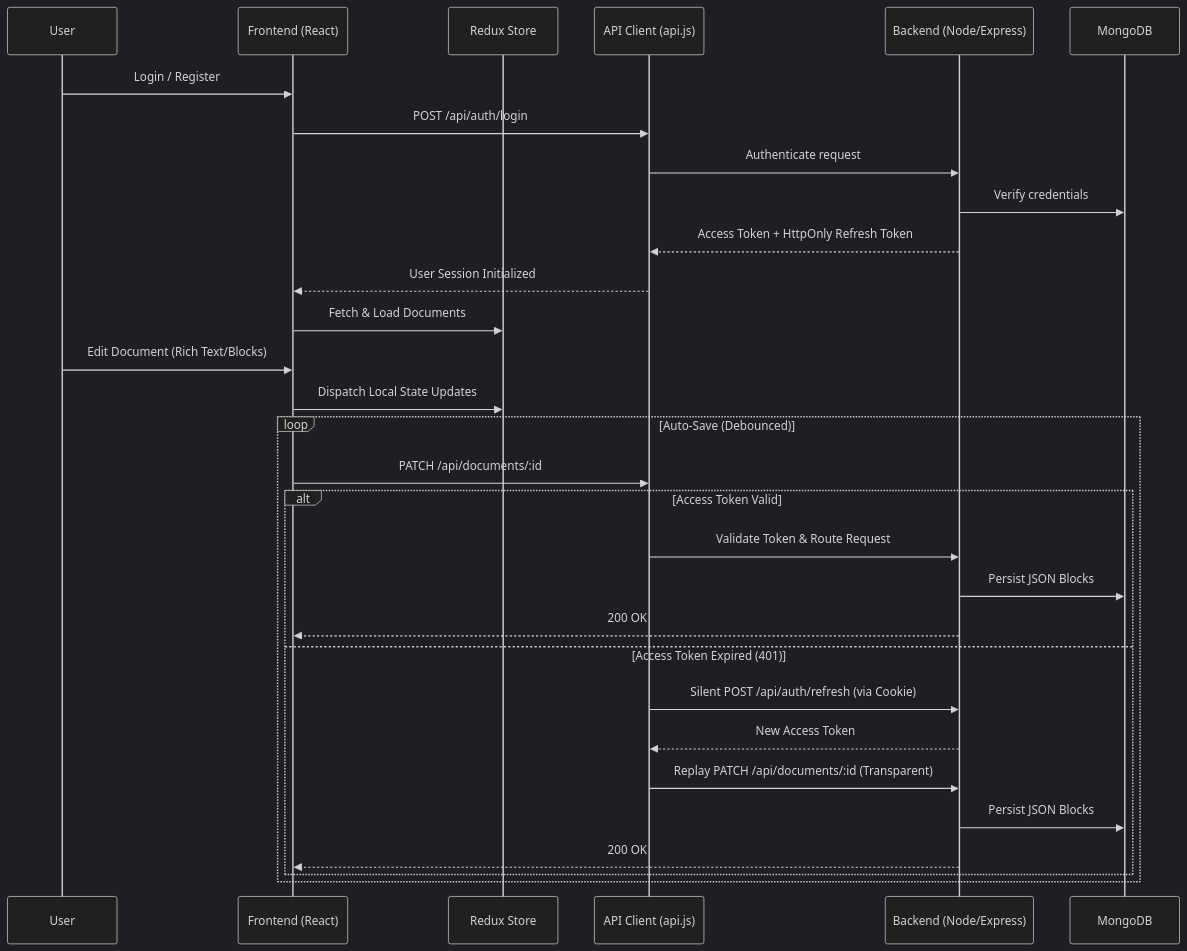
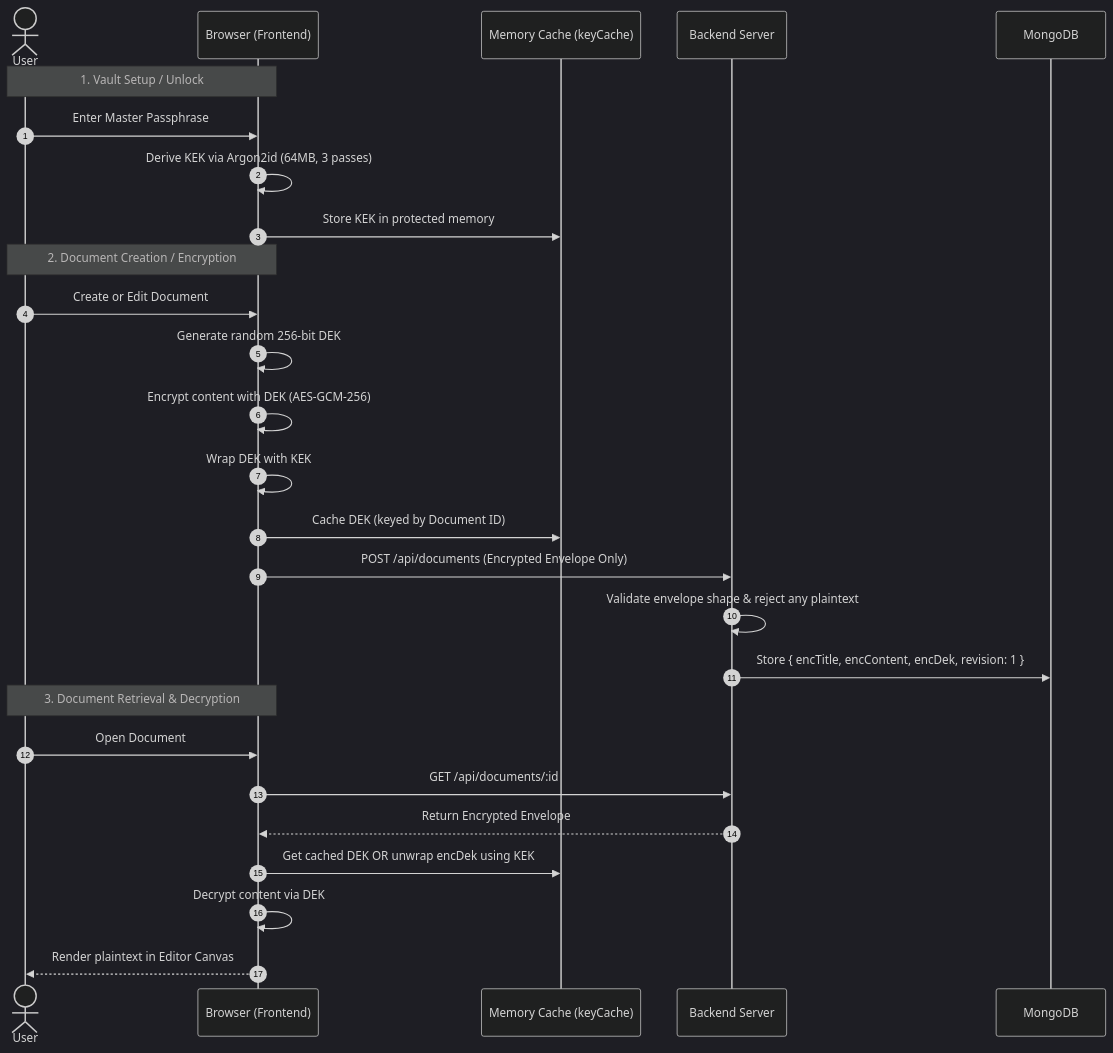
One commit to AdityaUpadhyay2610/docum changed the diagram in README.md. Above: the diagram before and after it, drawn with Mermaid (dark theme). The commit also changed other lines of this file and 7 other files, not shown here.

Commit message:
Step 4-6: Complete vault UX, clipboard auto-clear, CSP hardening, SECURITY.md, README, filestructure, and final security report

````diff
--- a/README.md
+++ b/README.md
@@ -43,36 +75,32 @@
 ```mermaid
 sequenceDiagram
-    participant User
-    participant UI as Frontend (React)
-    participant Store as Redux Store
-    participant API as API Client (api.js)
-    participant Server as Backend (Node/Express)
+    autonumber
+    actor User
+    participant Browser as Browser (Frontend)
+    participant Memory as Memory Cache (keyCache)
+    participant Server as Backend Server
     participant DB as MongoDB
 
-    User->>UI: Login / Register
-    UI->>API: POST /api/auth/login
-    API->>Server: Authenticate request
-    Server->>DB: Verify credentials
-    Server-->>API: Access Token + HttpOnly Refresh Token
-    API-->>UI: User Session Initialized
-    
-    UI->>Store: Fetch & Load Documents
-    User->>UI: Edit Document (Rich Text/Blocks)
-    UI->>Store: Dispatch Local State Updates
-    
-    loop Auto-Save (Debounced)
-        UI->>API: PATCH /api/documents/:id
-        
-        alt Access Token Valid
-            API->>Server: Validate Token & Route Request
-            Server->>DB: Persist JSON Blocks
-            Server-->>UI: 200 OK
-        else Access Token Expired (401)
-            API->>Server: Silent POST /api/auth/refresh (via Cookie)
-            Server-->>API: New Access Token
-            API->>Server: Replay PATCH /api/documents/:id (Transparent)
-            Server->>DB: Persist JSON Blocks
-            Server-->>UI: 200 OK
-        end
-    end
+    Note over User,Browser: 1. Vault Setup / Unlock
+    User->>Browser: Enter Master Passphrase
+    Browser->>Browser: Derive KEK via Argon2id (64MB, 3 passes)
+    Browser->>Memory: Store KEK in protected memory
+
+    Note over User,Browser: 2. Document Creation / Encryption
+    User->>Browser: Create or Edit Document
+    Browser->>Browser: Generate random 256-bit DEK
+    Browser->>Browser: Encrypt content with DEK (AES-GCM-256)
+    Browser->>Browser: Wrap DEK with KEK
+    Browser->>Memory: Cache DEK (keyed by Document ID)
+    Browser->>Server: POST /api/documents (Encrypted Envelope Only)
+    Server->>Server: Validate envelope shape & reject any plaintext
+    Server->>DB: Store { encTitle, encContent, encDek, revision: 1 }
+
+    Note over User,Browser: 3. Document Retrieval & Decryption
+    User->>Browser: Open Document
+    Browser->>Server: GET /api/documents/:id
+    Server-->>Browser: Return Encrypted Envelope
+    Browser->>Memory: Get cached DEK OR unwrap encDek using KEK
+    Browser->>Browser: Decrypt content via DEK
+    Browser-->>User: Render plaintext in Editor Canvas
 ```
````
